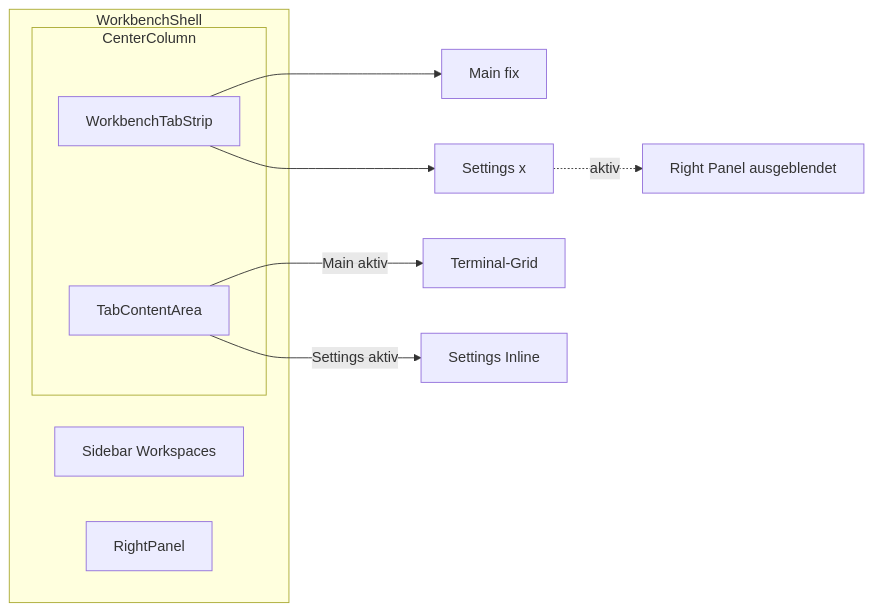
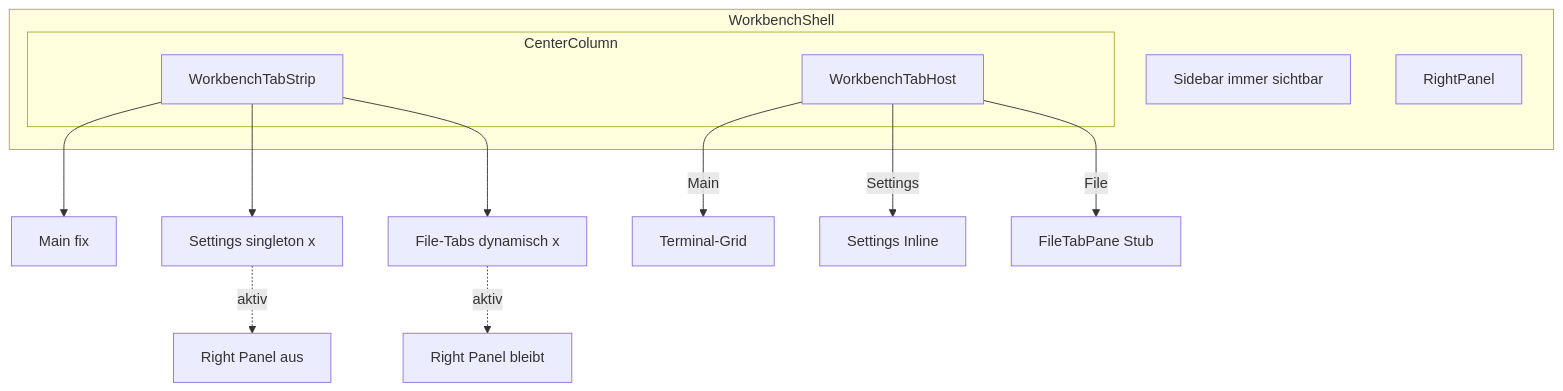
One commit to Bitslix/BLXCode changed the diagram in .agents/plans/settings-tabs-themes-refactor.md. Above: the diagram before and after it, drawn with Mermaid. The commit also changed other lines of this file and 9 other files, not shown here.

````diff
--- a/.agents/plans/settings-tabs-themes-refactor.md
+++ b/.agents/plans/settings-tabs-themes-refactor.md
@@ -20,19 +24,22 @@
 ```mermaid
-flowchart LR
+flowchart TB
     subgraph shell [WorkbenchShell]
-        Sidebar[Sidebar Workspaces]
+        Sidebar[Sidebar immer sichtbar]
         subgraph center [CenterColumn]
             TabStrip[WorkbenchTabStrip]
-            TabContent[TabContentArea]
+            TabContent[WorkbenchTabHost]
         end
         RightPanel[RightPanel]
     end
 
     TabStrip --> MainTab["Main fix"]
-    TabStrip --> SettingsTab["Settings x"]
+    TabStrip --> SettingsTab["Settings singleton x"]
+    TabStrip --> FileTabs["File-Tabs dynamisch x"]
 
-    TabContent -->|Main aktiv| WorkspaceSurfaces[Terminal-Grid]
-    TabContent -->|Settings aktiv| SettingsView[Settings Inline]
+    TabContent -->|Main| WorkspacePanel[Terminal-Grid]
+    TabContent -->|Settings| SettingsView[Settings Inline]
+    TabContent -->|File| FileStub[FileTabPane Stub]
 
-    SettingsTab -.->|aktiv| HideRight[Right Panel ausgeblendet]
+    SettingsTab -.->|aktiv| HideRight[Right Panel aus]
+    FileTabs -.->|aktiv| KeepRight[Right Panel bleibt]
 ```
````
